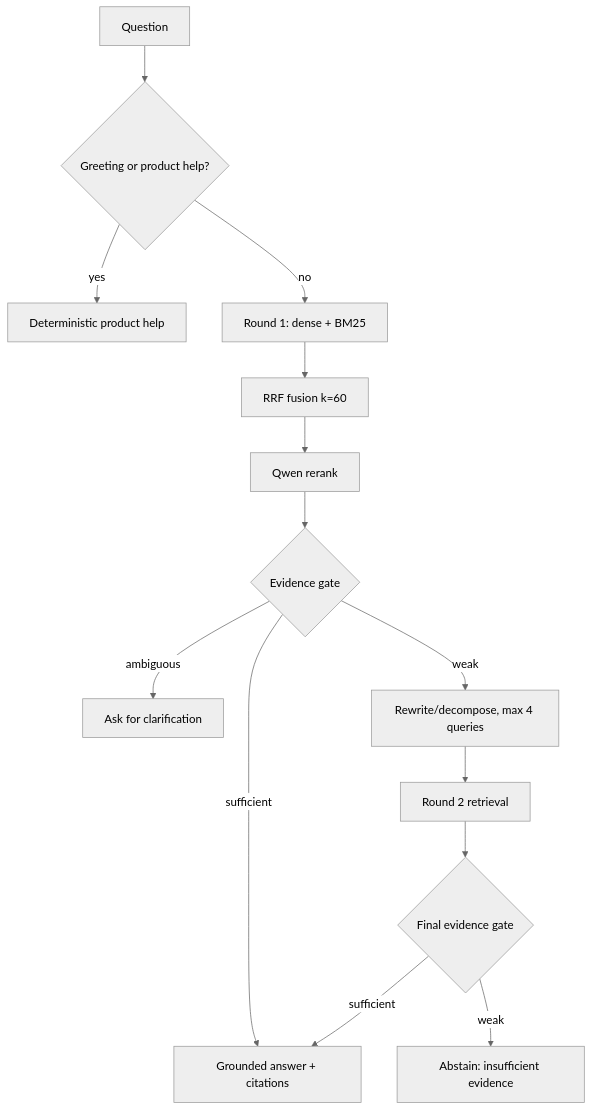
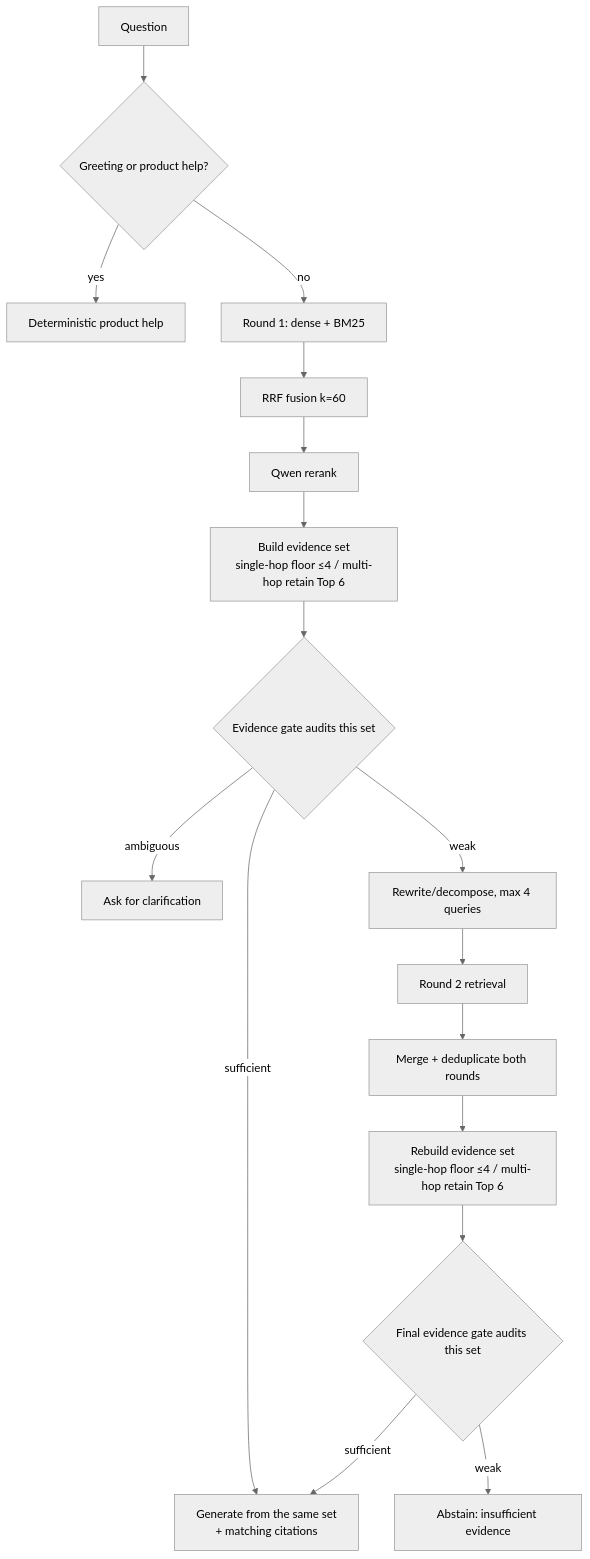
Before and after one commit to kinnyuww/traceable-agentic-rag: the second of 2 diagrams in docs/ARCHITECTURE.md, drawn with Mermaid (neutral theme). The commit also changed other lines of this file and 19 other files, not shown here.

````diff
--- a/docs/ARCHITECTURE.md
+++ b/docs/ARCHITECTURE.md
@@ -56,16 +56,19 @@
 ```mermaid
 flowchart TD
   Q[Question] --> Help{Greeting or product help?}
   Help -- yes --> Direct[Deterministic product help]
   Help -- no --> R1[Round 1: dense + BM25]
   R1 --> RRF[RRF fusion k=60]
   RRF --> RR[Qwen rerank]
-  RR --> Gate{Evidence gate}
-  Gate -- sufficient --> Answer[Grounded answer + citations]
+  RR --> ES1[Build evidence set\nsingle-hop floor ≤4 / multi-hop retain Top 6]
+  ES1 --> Gate{Evidence gate audits this set}
+  Gate -- sufficient --> Answer[Generate from the same set\n+ matching citations]
   Gate -- ambiguous --> Clarify[Ask for clarification]
   Gate -- weak --> Plan[Rewrite/decompose, max 4 queries]
   Plan --> R2[Round 2 retrieval]
-  R2 --> Gate2{Final evidence gate}
+  R2 --> Merge[Merge + deduplicate both rounds]
+  Merge --> ES2[Rebuild evidence set\nsingle-hop floor ≤4 / multi-hop retain Top 6]
+  ES2 --> Gate2{Final evidence gate audits this set}
   Gate2 -- sufficient --> Answer
   Gate2 -- weak --> Stop[Abstain: insufficient evidence]
 ```
````
